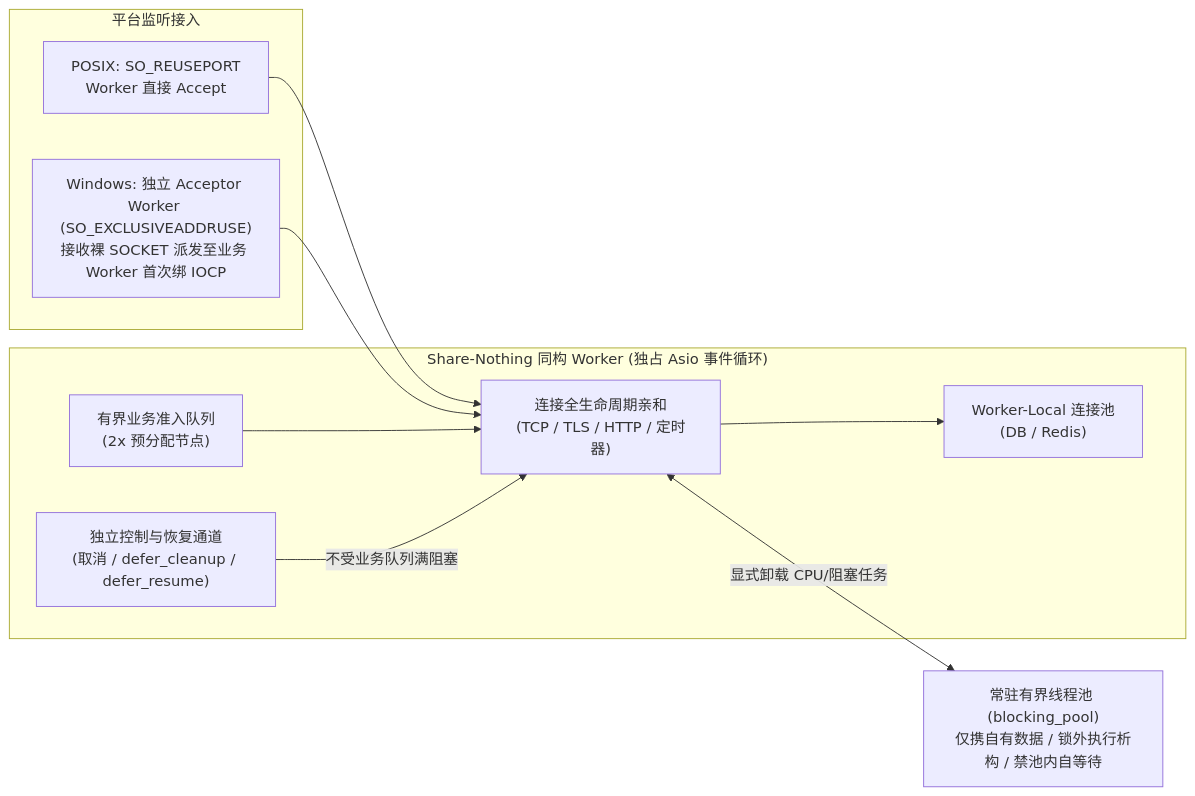
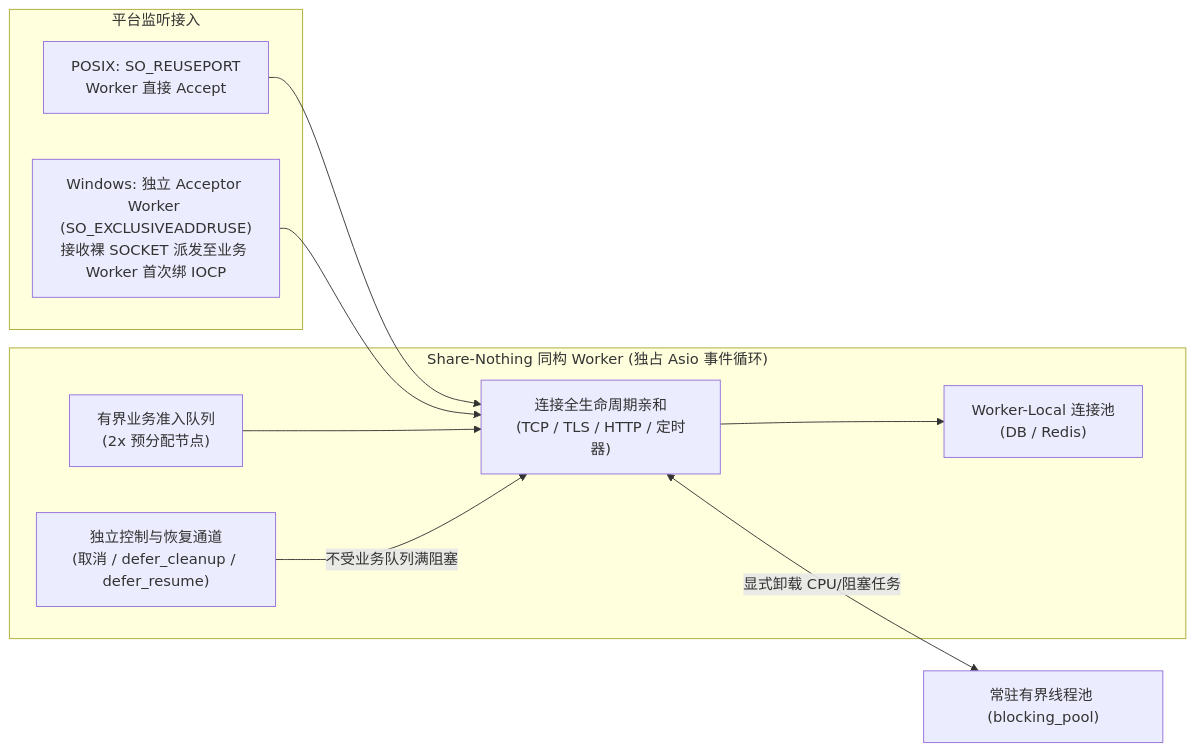
One commit to hyird/Ruvia changed the third of 4 diagrams in AGENTS.md. Above: the diagram before and after it, drawn with Mermaid. The commit also changed other lines of this file, not shown here.

Commit message:
Deduplicate rules and diagram annotations across AGENTS.md

````diff
--- a/AGENTS.md
+++ b/AGENTS.md
@@ -105,21 +99,21 @@
 ```mermaid
 flowchart LR
     subgraph listener ["平台监听接入"]
         posix["POSIX: SO_REUSEPORT<br/>Worker 直接 Accept"]
         win["Windows: 独立 Acceptor Worker (SO_EXCLUSIVEADDRUSE)<br/>接收裸 SOCKET 派发至业务 Worker 首次绑 IOCP"]
     end
     subgraph worker ["Share-Nothing 同构 Worker (独占 Asio 事件循环)"]
         conn["连接全生命周期亲和<br/>(TCP / TLS / HTTP / 定时器)"]
         b_queue["有界业务准入队列<br/>(2x 预分配节点)"]
         c_lane["独立控制与恢复通道<br/>(取消 / defer_cleanup / defer_resume)"]
         l_pool["Worker-Local 连接池<br/>(DB / Redis)"]
     end
-    b_pool["常驻有界线程池 (blocking_pool)<br/>仅携自有数据 / 锁外执行析构 / 禁池内自等待"]
+    b_pool["常驻有界线程池 (blocking_pool)"]
 
     posix --> conn
     win --> conn
     b_queue --> conn
     c_lane -->|"不受业务队列满阻塞"| conn
     conn --> l_pool
     conn <-->|"显式卸载 CPU/阻塞任务"| b_pool
 ```
````
